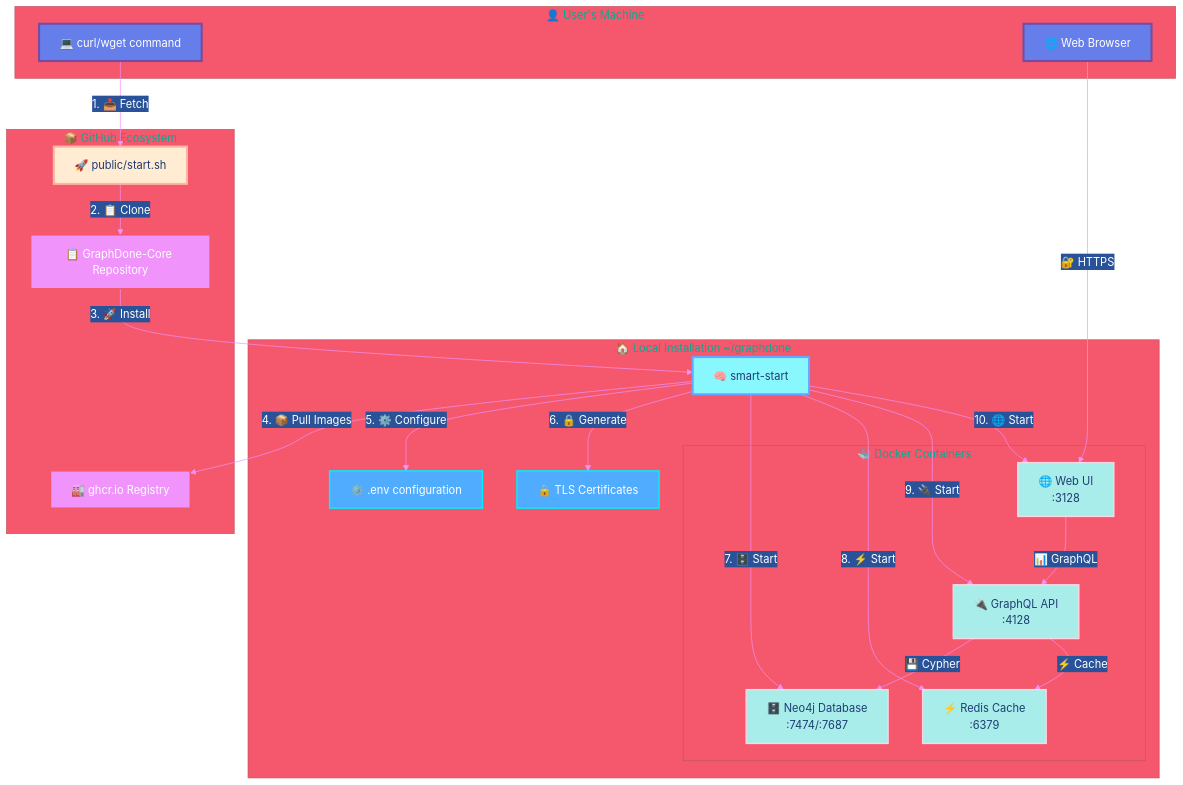
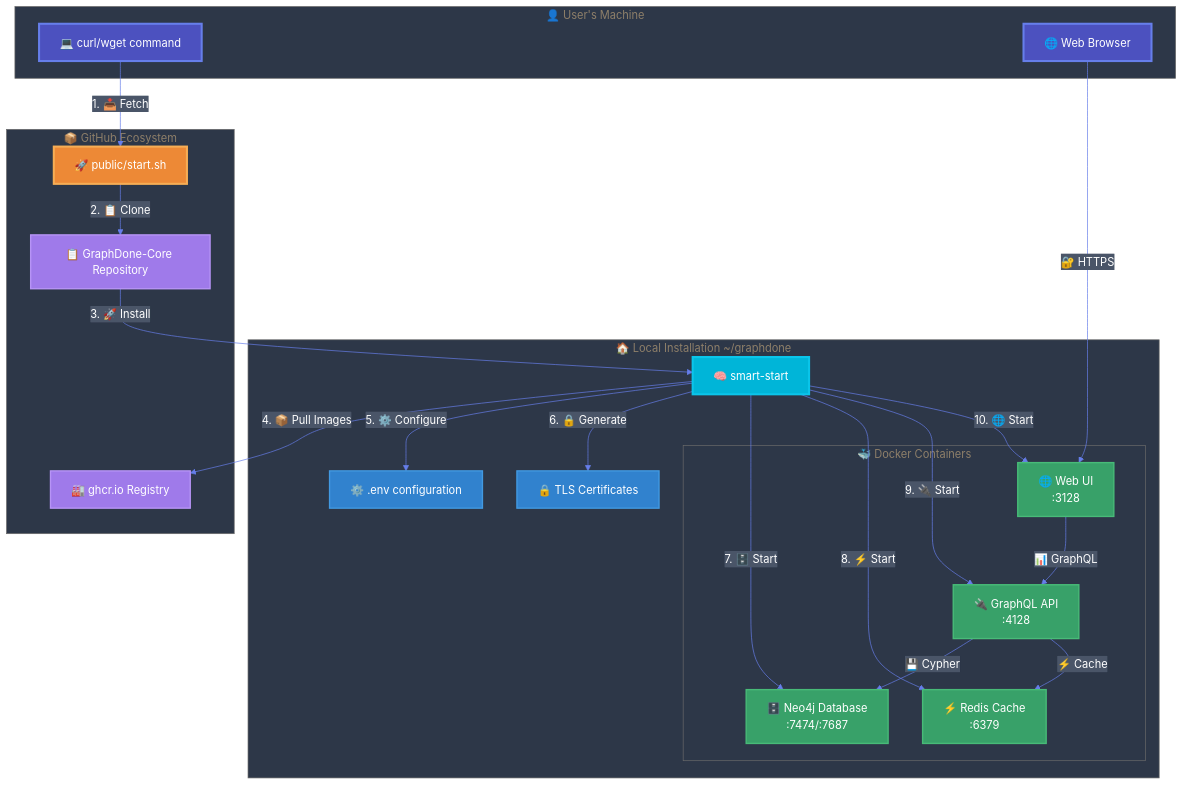
Before and after one commit to GraphDone/GraphDone-Core: the third of 6 diagrams in docs/installation-flow.md, drawn with Mermaid. The commit also changed other lines of this file, not shown here.

First line of the commit message:
🎨 Fix diagram colors for better readability

````diff
--- a/docs/installation-flow.md
+++ b/docs/installation-flow.md
@@ -150,72 +150,74 @@
 ```mermaid
 %%{init: {
   'theme': 'base',
   'themeVariables': {
-    'primaryColor': '#1e3c72',
-    'primaryTextColor': '#ffffff',
-    'primaryBorderColor': '#2a5298',
-    'lineColor': '#f093fb',
-    'secondaryColor': '#2a5298',
-    'tertiaryColor': '#f5576c',
-    'background': '#0f172a',
-    'mainBkg': '#1e3c72',
-    'secondBkg': '#2a5298',
-    'tertiaryBkg': '#f5576c'
+    'primaryColor': '#2D3748',
+    'primaryTextColor': '#FFFFFF',
+    'primaryBorderColor': '#4A5568',
+    'lineColor': '#667EEA',
+    'secondaryColor': '#4A5568',
+    'tertiaryColor': '#718096',
+    'background': '#1A202C',
+    'mainBkg': '#2D3748',
+    'secondBkg': '#4A5568',
+    'tertiaryBkg': '#718096',
+    'clusterBkg': '#2D3748',
+    'altBackground': '#4A5568'
   }
 }}%%
 
 graph TB
     subgraph User ["👤 User's Machine"]
         CLI[💻 curl/wget command]
         Browser[🌐 Web Browser]
     end
     
     subgraph GitHub ["📦 GitHub Ecosystem"]
         Repo[📋 GraphDone-Core Repository]
         Script[🚀 public/start.sh]
         Registry[🏭 ghcr.io Registry]
     end
     
     subgraph Local ["🏠 Local Installation ~/graphdone"]
         SmartStart[🧠 smart-start]
         ENV[⚙️ .env configuration]
         Certs[🔒 TLS Certificates]
         
         subgraph Containers ["🐳 Docker Containers"]
             Neo4j[🗄️ Neo4j Database<br/>:7474/:7687]
             Redis[⚡ Redis Cache<br/>:6379]
             API[🔌 GraphQL API<br/>:4128]
             Web[🌐 Web UI<br/>:3128]
         end
     end
     
     CLI -->|1. 📥 Fetch| Script
     Script -->|2. 📋 Clone| Repo
     Repo -->|3. 🚀 Install| SmartStart
     SmartStart -->|4. 📦 Pull Images| Registry
     SmartStart -->|5. ⚙️ Configure| ENV
     SmartStart -->|6. 🔒 Generate| Certs
     SmartStart -->|7. 🗄️ Start| Neo4j
     SmartStart -->|8. ⚡ Start| Redis
     SmartStart -->|9. 🔌 Start| API
     SmartStart -->|10. 🌐 Start| Web
     
     Browser -->|🔐 HTTPS| Web
     Web -->|📊 GraphQL| API
     API -->|💾 Cypher| Neo4j
     API -->|⚡ Cache| Redis
     
-    classDef userStyle fill:#667eea,stroke:#764ba2,stroke-width:3px,color:#ffffff
-    classDef githubStyle fill:#f093fb,stroke:#f5576c,stroke-width:2px,color:#ffffff
-    classDef localStyle fill:#4facfe,stroke:#00f2fe,stroke-width:2px,color:#ffffff
-    classDef containerStyle fill:#a8edea,stroke:#fed6e3,stroke-width:2px,color:#1e3c72
-    classDef scriptStyle fill:#ffecd2,stroke:#fcb69f,stroke-width:3px,color:#1e3c72
-    classDef smartStyle fill:#89f7fe,stroke:#66a6ff,stroke-width:3px,color:#1e3c72
+    classDef userStyle fill:#4C51BF,stroke:#667EEA,stroke-width:3px,color:#FFFFFF
+    classDef githubStyle fill:#9F7AEA,stroke:#B794F6,stroke-width:2px,color:#FFFFFF
+    classDef localStyle fill:#3182CE,stroke:#4299E1,stroke-width:2px,color:#FFFFFF
+    classDef containerStyle fill:#38A169,stroke:#48BB78,stroke-width:2px,color:#FFFFFF
+    classDef scriptStyle fill:#ED8936,stroke:#F6AD55,stroke-width:3px,color:#FFFFFF
+    classDef smartStyle fill:#00B5D8,stroke:#0BC5EA,stroke-width:3px,color:#FFFFFF
     
     class CLI,Browser userStyle
     class Repo,Registry githubStyle
     class ENV,Certs localStyle
     class Neo4j,Redis,API,Web containerStyle
     class Script scriptStyle
     class SmartStart smartStyle
 ```
````
